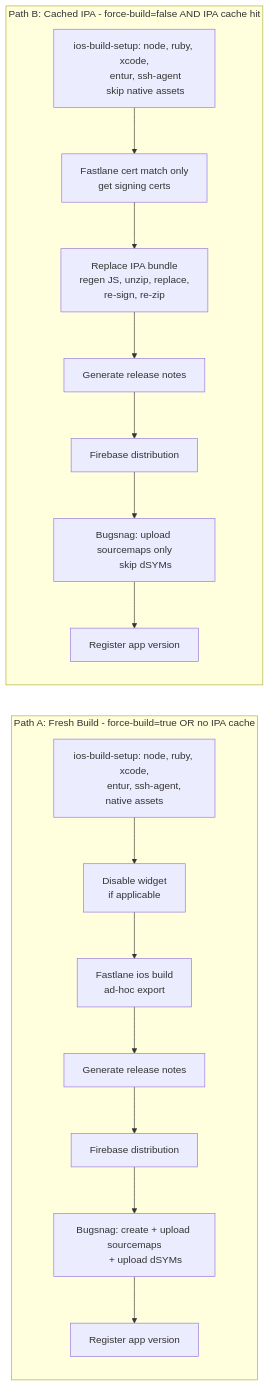
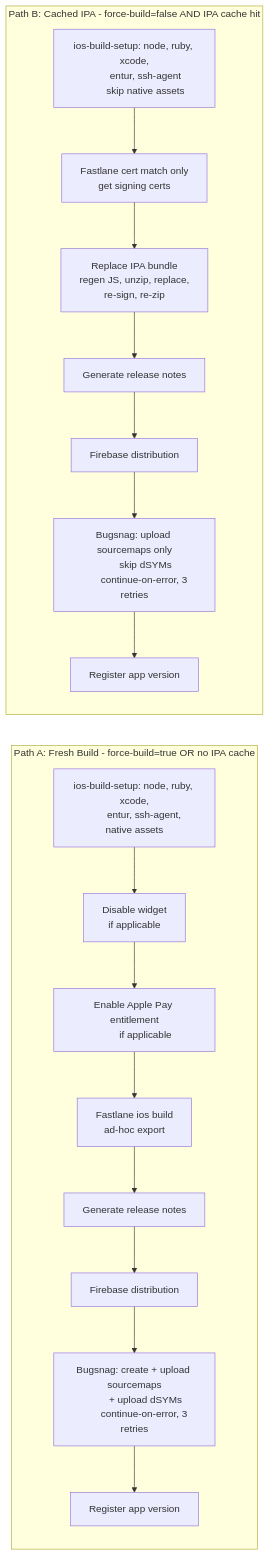
Before and after one commit to AtB-AS/mittatb-app: the sixth of 7 diagrams in docs/ios-build-staging-graph.md, drawn with Mermaid. The commit also changed other lines of this file and 2 other files, not shown here.

Commit message:
docs: update build documents

````diff
--- a/docs/ios-build-staging-graph.md
+++ b/docs/ios-build-staging-graph.md
@@ -303,32 +312,36 @@
 ```mermaid
 flowchart LR
     subgraph fresh ["Path A: Fresh Build - force-build=true OR no IPA cache"]
         direction TB
         f1["ios-build-setup: node, ruby, xcode,
         entur, ssh-agent, native assets"] --> f2["Disable widget
         if applicable"]
-        f2 --> f3["Fastlane ios build
+        f2 --> f2b["Enable Apple Pay entitlement
+        if applicable"]
+        f2b --> f3["Fastlane ios build
         ad-hoc export"]
         f3 --> f4["Generate release notes"]
         f4 --> f5["Firebase distribution"]
         f5 --> f6["Bugsnag: create + upload sourcemaps
-        + upload dSYMs"]
+        + upload dSYMs
+        continue-on-error, 3 retries"]
         f6 --> f7["Register app version"]
     end
 
     subgraph cached ["Path B: Cached IPA - force-build=false AND IPA cache hit"]
         direction TB
         c1["ios-build-setup: node, ruby, xcode,
         entur, ssh-agent
         skip native assets"] --> c2["Fastlane cert match only
         get signing certs"]
         c2 --> c3["Replace IPA bundle
         regen JS, unzip, replace,
         re-sign, re-zip"]
         c3 --> c4["Generate release notes"]
         c4 --> c5["Firebase distribution"]
         c5 --> c6["Bugsnag: upload sourcemaps only
-        skip dSYMs"]
+        skip dSYMs
+        continue-on-error, 3 retries"]
         c6 --> c7["Register app version"]
     end
 ```
````
